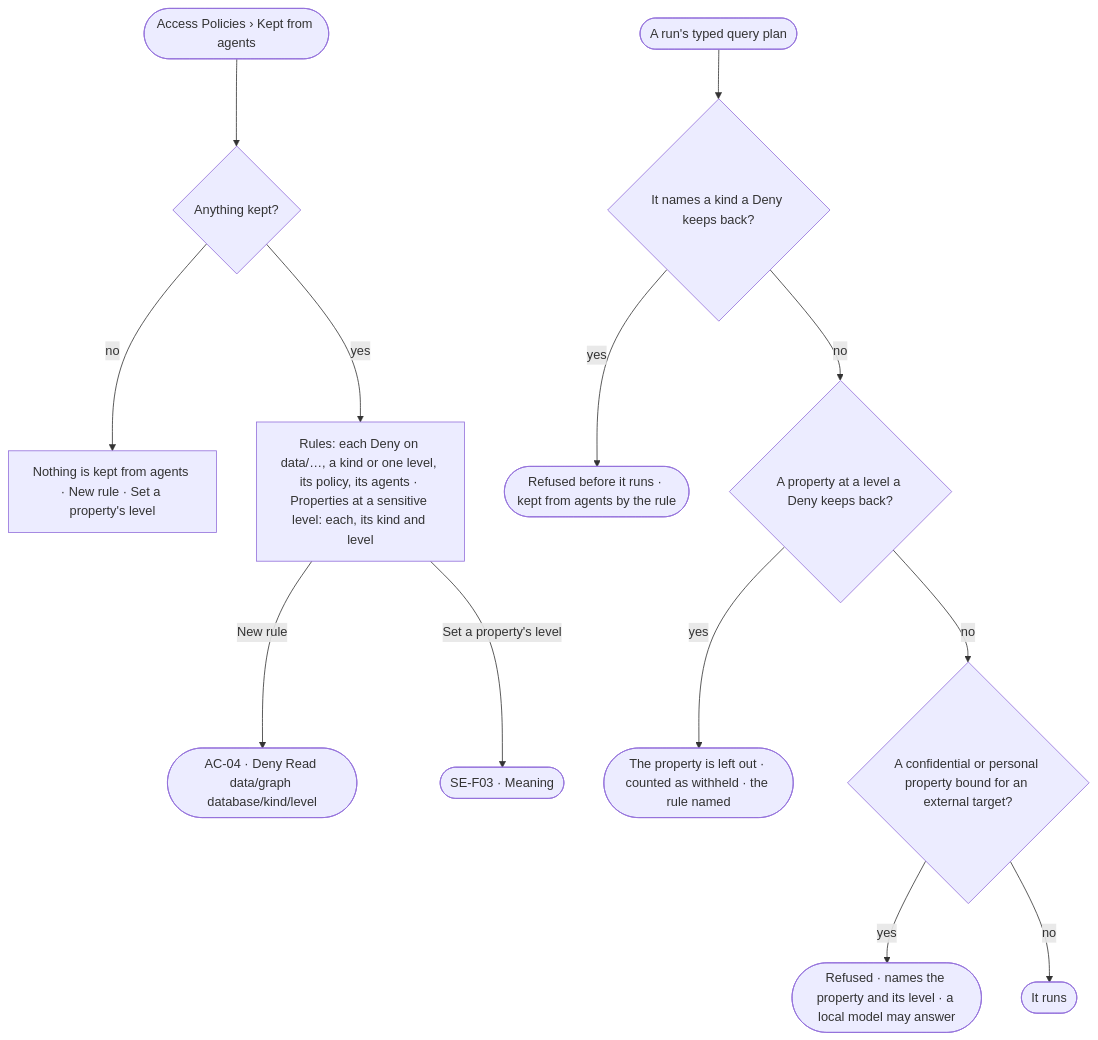
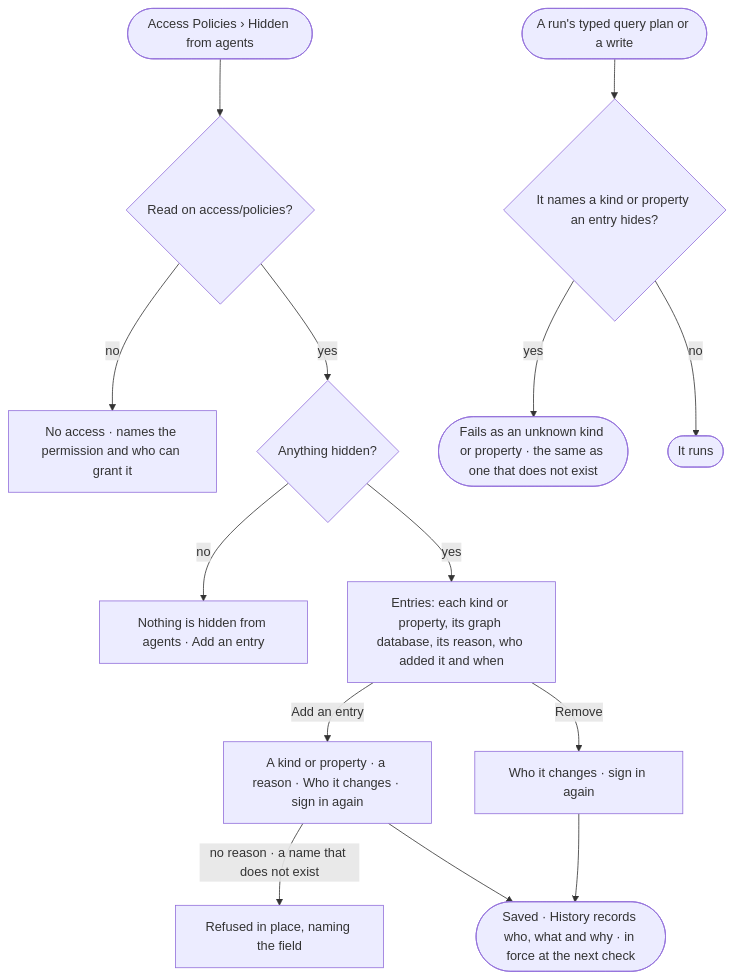
One commit to invana/invana changed the diagram in specs/os/access/features/AC-F02-access-policies/stories/AC-27-keep-a-kind-or-a-sensitive-property-from-agents/story.md. Above: the diagram before and after it, drawn with Mermaid. The commit also changed other lines of this file and 69 other files, not shown here.

First line of the commit message:
docs(specs): simplify access to v1 — hidden, read, read and write

````diff
--- a/specs/os/access/features/AC-F02-access-policies/stories/AC-27-keep-a-kind-or-a-sensitive-property-from-agents/story.md
+++ b/specs/os/access/features/AC-F02-access-policies/stories/AC-27-keep-a-kind-or-a-sensitive-property-from-agents/story.md
@@ -30,15 +30,16 @@
 ```mermaid
 flowchart TD
-  s([Access Policies › Kept from agents]) --> k{"Anything kept?"}
-  k -->|no| e["Nothing is kept from agents · New rule · Set a property's level"]
-  k -->|yes| l["Rules: each Deny on data/…, a kind or one level, its policy, its agents · Properties at a sensitive level: each, its kind and level"]
-  l -->|New rule| r(["AC-04 · Deny Read data/graph database/kind/level"])
-  l -->|Set a property's level| m(["SE-F03 · Meaning"])
-  q([A run's typed query plan]) --> c{"It names a kind a Deny keeps back?"}
-  c -->|yes| ref(["Refused before it runs · kept from agents by the rule"])
-  c -->|no| lv{"A property at a level a Deny keeps back?"}
-  lv -->|yes| wh(["The property is left out · counted as withheld · the rule named"])
-  lv -->|no| p{"A confidential or personal property bound for an external target?"}
-  p -->|yes| rp(["Refused · names the property and its level · a local model may answer"])
-  p -->|no| go(["It runs"])
+  s([Access Policies › Hidden from agents]) --> g{"Read on access/policies?"}
+  g -->|no| na["No access · names the permission and who can grant it"]
+  g -->|yes| k{"Anything hidden?"}
+  k -->|no| e["Nothing is hidden from agents · Add an entry"]
+  k -->|yes| l["Entries: each kind or property, its graph database, its reason, who added it and when"]
+  l -->|Add an entry| a["A kind or property · a reason · Who it changes · sign in again"]
+  l -->|Remove| rm["Who it changes · sign in again"]
+  a -->|no reason · a name that does not exist| ref["Refused in place, naming the field"]
+  a --> hist(["Saved · History records who, what and why · in force at the next check"])
+  rm --> hist
+  q([A run's typed query plan or a write]) --> c{"It names a kind or property an entry hides?"}
+  c -->|yes| unk(["Fails as an unknown kind or property · the same as one that does not exist"])
+  c -->|no| go(["It runs"])
 ```
````
